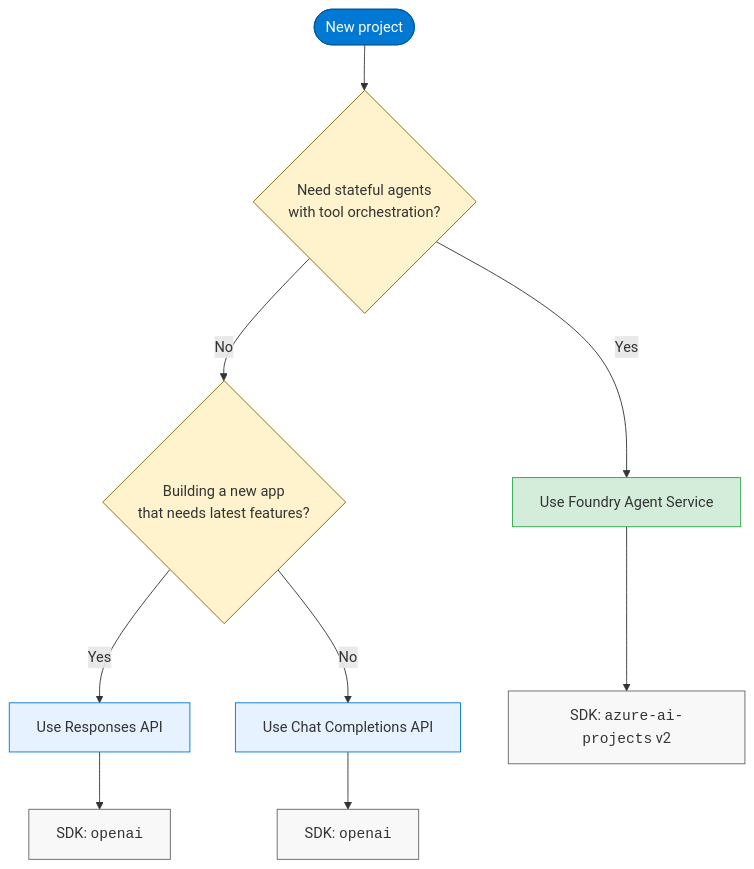
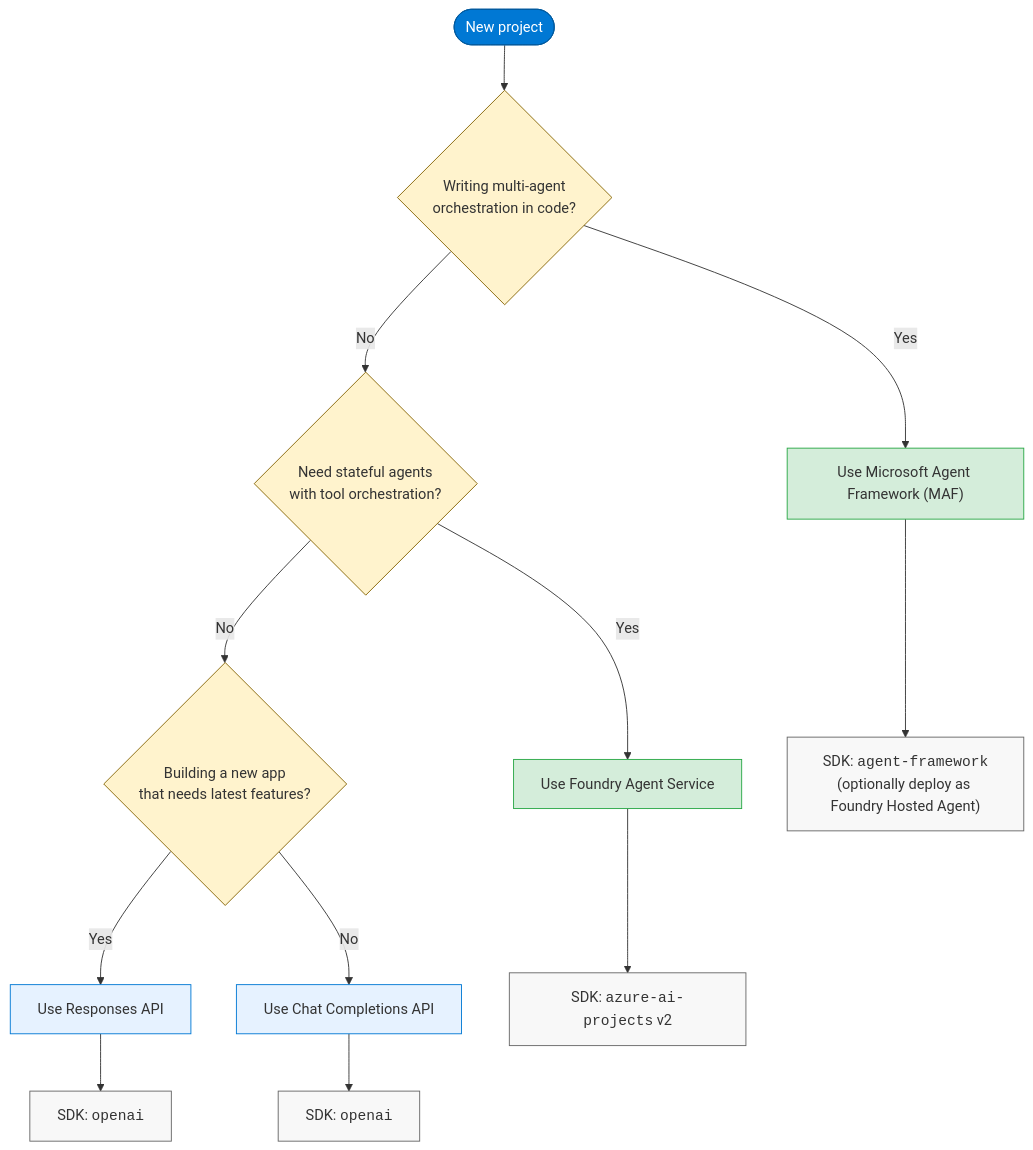
Before and after one commit to Arturo-Quiroga-MSFT/microsoft-agents-platform-guide: the second of 3 diagrams in README.md, drawn with Mermaid. The commit also changed other lines of this file, not shown here.

First line of the commit message:
docs(readme): update mermaid diagrams for MAF consistency

````diff
--- a/README.md
+++ b/README.md
@@ -60,22 +67,28 @@
 ```mermaid
 flowchart TD
-    START(["New project"]) --> Q1{"Need stateful agents<br/>with tool orchestration?"}
+    START(["New project"]) --> Q0{"Writing multi-agent<br/>orchestration in code?"}
+    Q0 -- Yes --> MAF["Use Microsoft Agent Framework (MAF)"]
+    Q0 -- No --> Q1{"Need stateful agents<br/>with tool orchestration?"}
     Q1 -- Yes --> AGENT["Use Foundry Agent Service"]
     Q1 -- No --> Q2{"Building a new app<br/>that needs latest features?"}
     Q2 -- Yes --> RESP["Use Responses API"]
     Q2 -- No --> CHAT["Use Chat Completions API"]
 
+    MAF --> SDK_M["SDK: <code>agent-framework</code><br/>(optionally deploy as Foundry Hosted Agent)"]
     AGENT --> SDK_A["SDK: <code>azure-ai-projects</code> v2"]
     RESP --> SDK_R["SDK: <code>openai</code>"]
     CHAT --> SDK_C["SDK: <code>openai</code>"]
 
     style START fill:#0078D4,color:#fff,stroke:#005A9E
+    style Q0 fill:#FFF3CD,stroke:#856404
     style Q1 fill:#FFF3CD,stroke:#856404
     style Q2 fill:#FFF3CD,stroke:#856404
+    style MAF fill:#D4EDDA,stroke:#28A745
     style AGENT fill:#D4EDDA,stroke:#28A745
     style RESP fill:#E6F2FF,stroke:#0078D4
     style CHAT fill:#E6F2FF,stroke:#0078D4
+    style SDK_M fill:#f8f8f8,stroke:#666
     style SDK_A fill:#f8f8f8,stroke:#666
     style SDK_R fill:#f8f8f8,stroke:#666
     style SDK_C fill:#f8f8f8,stroke:#666
 ```
````
